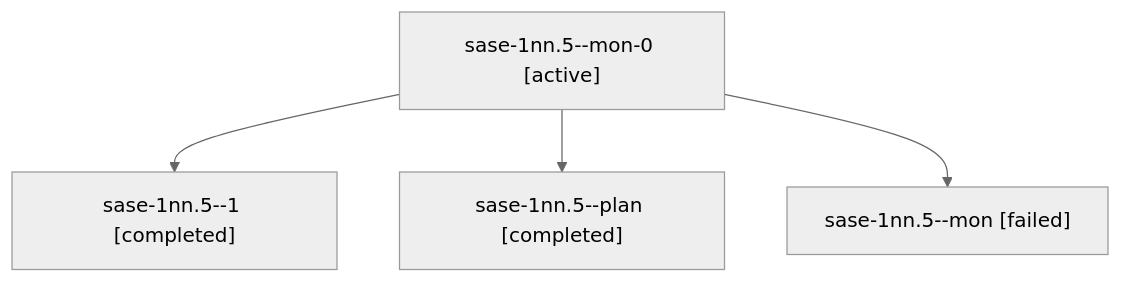
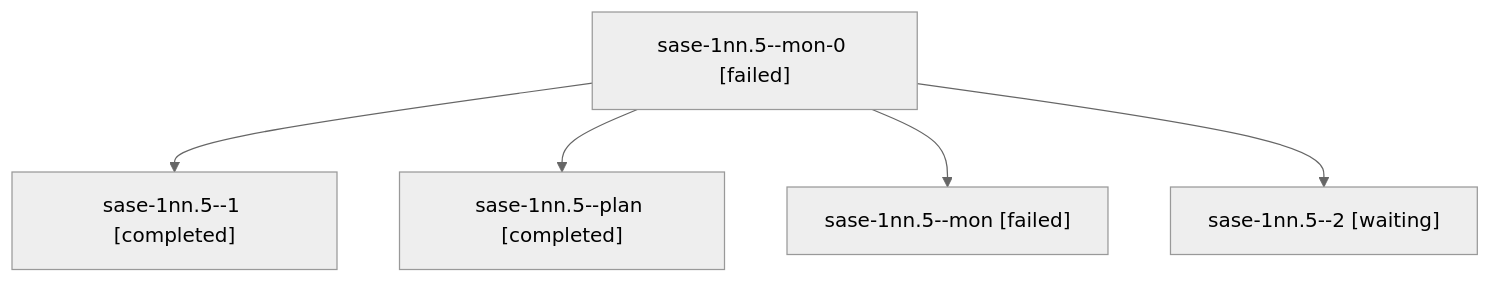
One commit to sase-org/sase--agents changed the diagram in sessions/bbugyi200.athena.sase-1nn.5.md. Above: the diagram before and after it, drawn with Mermaid (neutral theme). The commit also changed other lines of this file and 44 other files, not shown here.

````diff
--- a/sessions/bbugyi200.athena.sase-1nn.5.md
+++ b/sessions/bbugyi200.athena.sase-1nn.5.md
@@ -9,10 +9,12 @@
 ```mermaid
 flowchart TD
-  n0["sase-1nn.5--mon-0 [active]"]
+  n0["sase-1nn.5--mon-0 [failed]"]
   n1["sase-1nn.5--1 [completed]"]
   n0 --> n1
   n2["sase-1nn.5--plan [completed]"]
   n0 --> n2
   n3["sase-1nn.5--mon [failed]"]
   n0 --> n3
+  n4["sase-1nn.5--2 [waiting]"]
+  n0 --> n4
 ```
````
